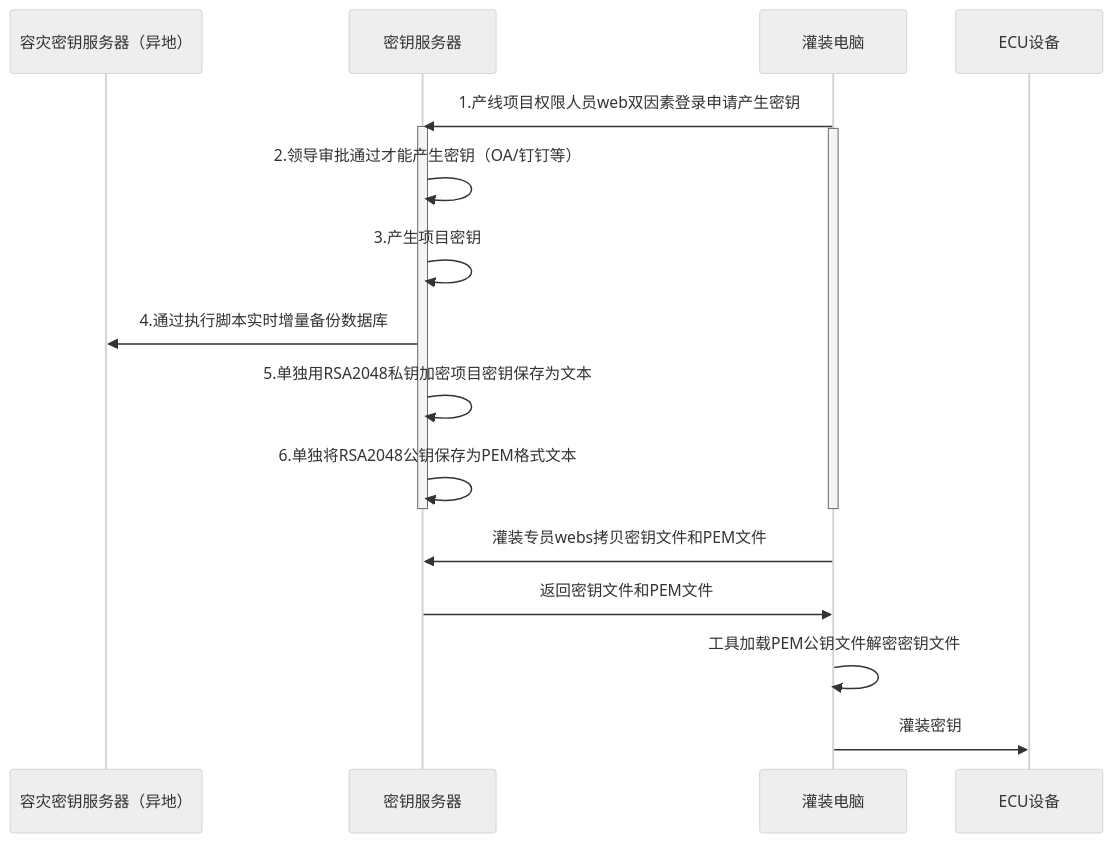
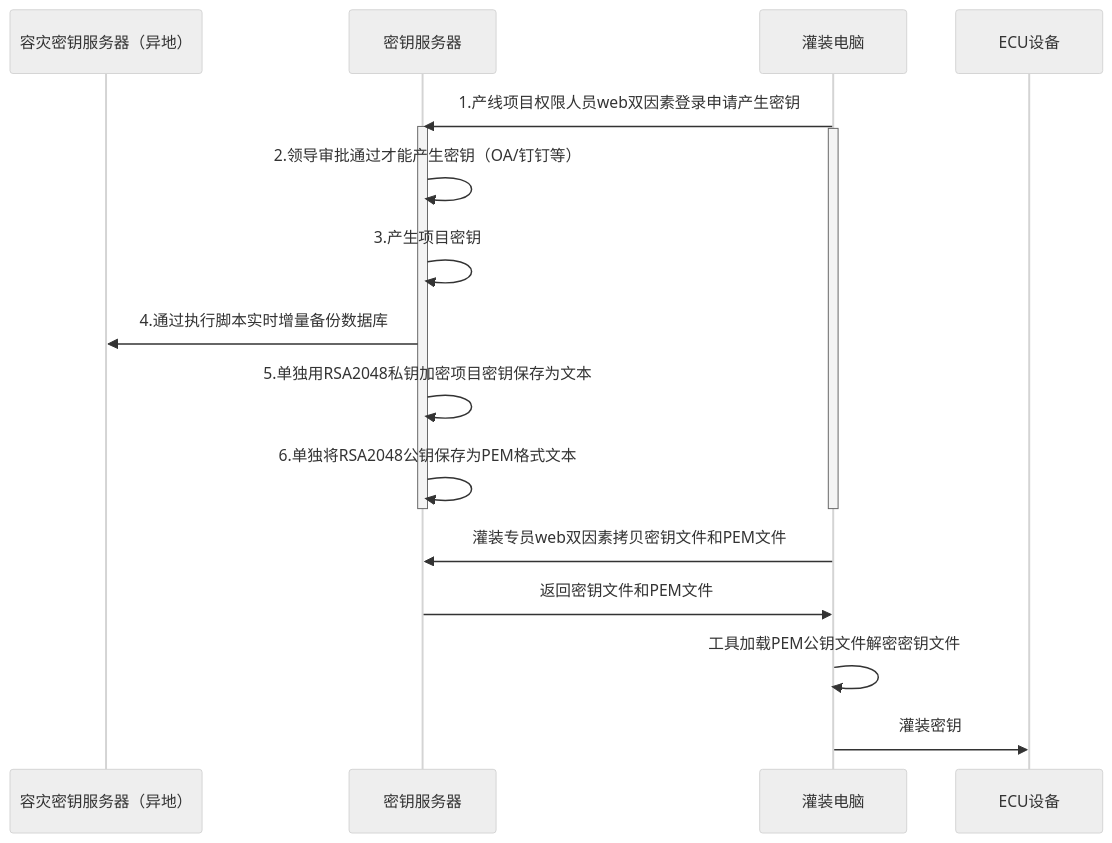
The diagram in all/未命名-15.md (facebook-cloud/iodraw-files), drawn with Mermaid (neutral theme) before and after one commit.

Commit message:
2026-02-11 19:48:07 update

````diff
--- a/all/未命名-15.md
+++ b/all/未命名-15.md
@@ -1,25 +1,25 @@
 ```mermaid
 sequenceDiagram
     participant A as 容灾密钥服务器（异地）
     participant B as 密钥服务器
     participant D as 灌装电脑
     participant E as ECU设备
 
     
     D->>B: 1.产线项目权限人员web双因素登录申请产生密钥
     activate B
     activate D
     B->>B: 2.领导审批通过才能产生密钥（OA/钉钉等）
     B->>B: 3.产生项目密钥
     B->>A: 4.通过执行脚本实时增量备份数据库
     B->>B: 5.单独用RSA2048私钥加密项目密钥保存为文本
     B->>B: 6.单独将RSA2048公钥保存为PEM格式文本
     deactivate B
     deactivate D
 
     
-    D->>B: 灌装专员webs拷贝密钥文件和PEM文件
+    D->>B: 灌装专员web双因素拷贝密钥文件和PEM文件
     B->>D: 返回密钥文件和PEM文件
     D->>D:工具加载PEM公钥文件解密密钥文件
     D->>E: 灌装密钥
 ```
````
